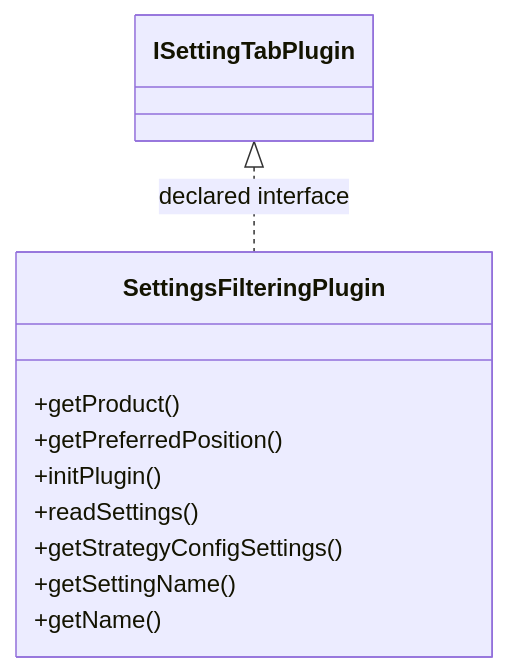
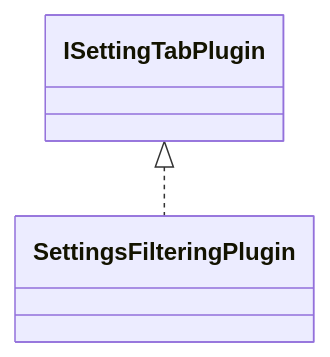
Before and after one commit to haruperi/HaruQuantAI: the diagram in docs/sqx/Shared/SettingsFiltering.md, drawn with Mermaid. The commit also changed other lines of this file and 1688 other files, not shown here.

````diff
--- a/docs/sqx/Shared/SettingsFiltering.md
+++ b/docs/sqx/Shared/SettingsFiltering.md
@@ -30,14 +26,6 @@
 ```mermaid
 classDiagram
-    class C99b18ff8a87e["SettingsFilteringPlugin"] {
-        +getProduct()
-        +getPreferredPosition()
-        +initPlugin()
-        +readSettings()
-        +getStrategyConfigSettings()
-        +getSettingName()
-        +getName()
-    }
-    class C27734eb41505["ISettingTabPlugin"]
-    C27734eb41505 <|.. C99b18ff8a87e : declared interface
+    class C0["SettingsFilteringPlugin"]
+    class E0["ISettingTabPlugin"]
+    E0 <|.. C0
 ```
````
